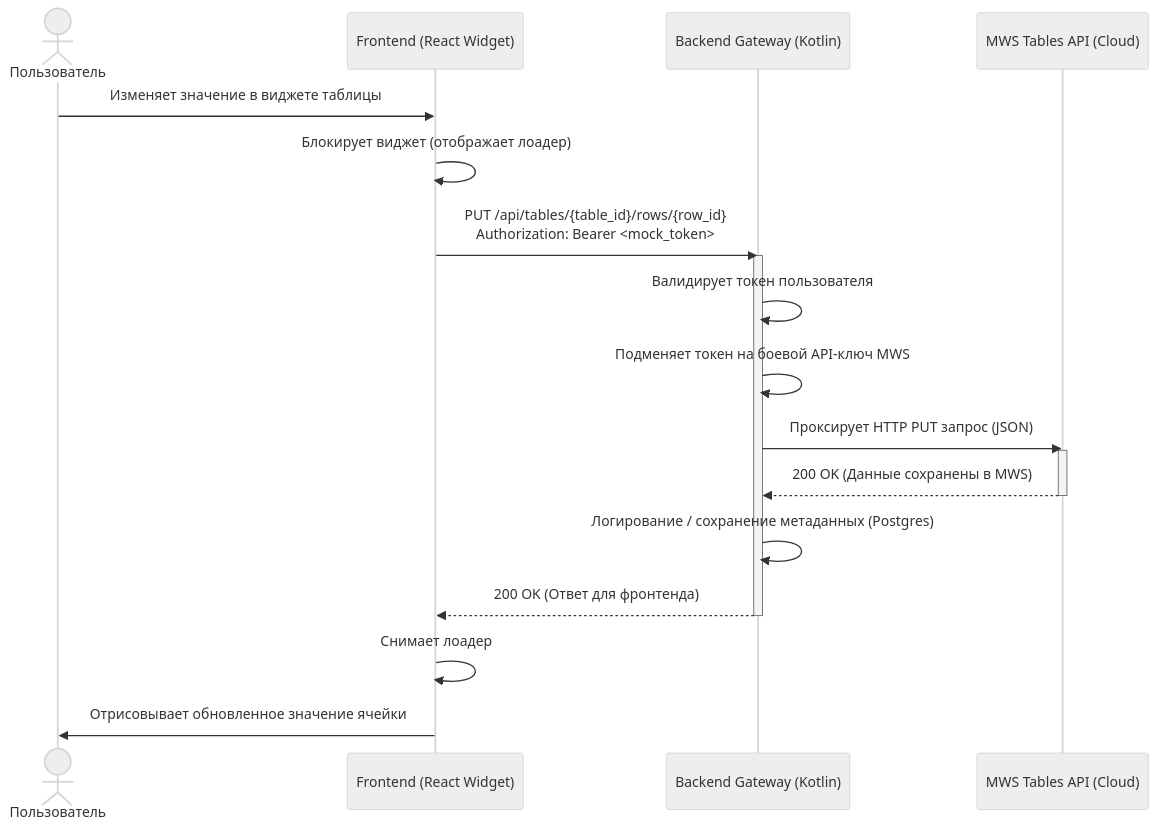
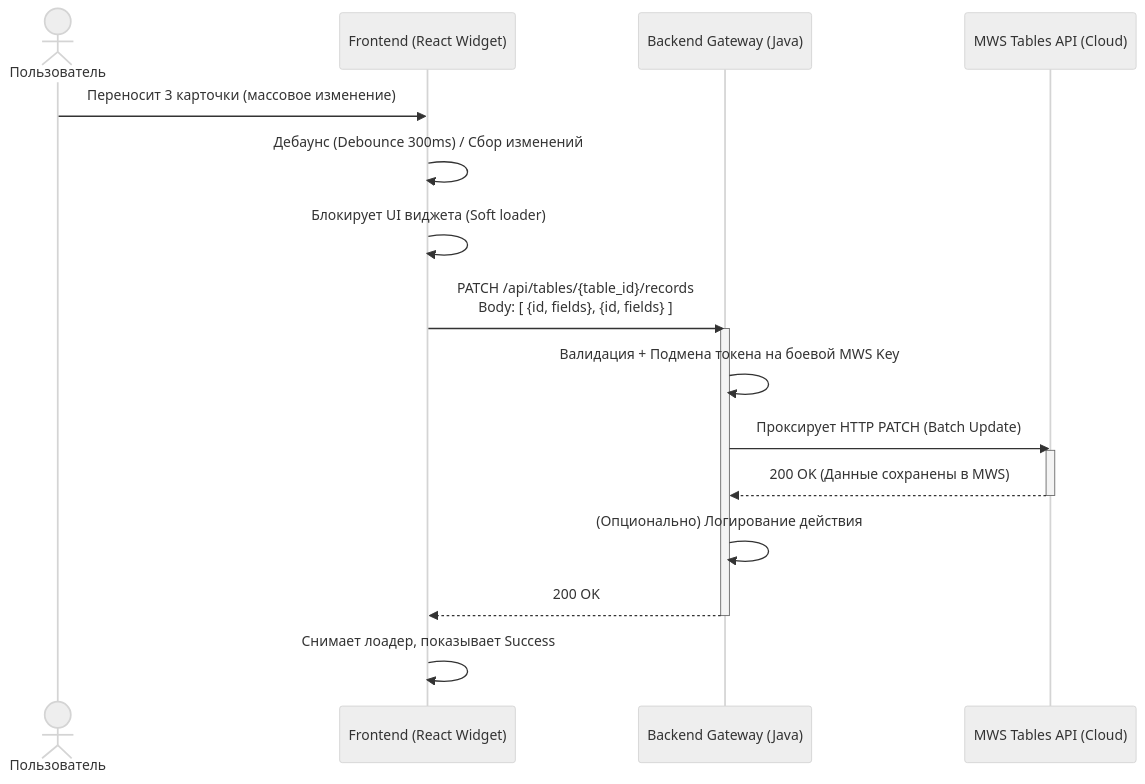
One commit to Tomsk-Smart-Tech/mws-week-one changed the third of 4 diagrams in GEMINI.MD. Above: the diagram before and after it, drawn with Mermaid (neutral theme). The commit also changed other lines of this file, not shown here.

````diff
--- a/GEMINI.MD
+++ b/GEMINI.MD
@@ -86,27 +116,26 @@
 ```mermaid
 sequenceDiagram
     actor U as Пользователь
     participant F as Frontend (React Widget)
-    participant K as Backend Gateway (Kotlin)
+    participant K as Backend Gateway (Java)
     participant M as MWS Tables API (Cloud)
 
-    U->>F: Изменяет значение в виджете таблицы
-    F->>F: Блокирует виджет (отображает лоадер)
-    F->>K: PUT /api/tables/{table_id}/rows/{row_id}<br/>Authorization: Bearer <mock_token>
+    U->>F: Переносит 3 карточки (массовое изменение)
+    F->>F: Дебаунс (Debounce 300ms) / Сбор изменений
+    F->>F: Блокирует UI виджета (Soft loader)
+    F->>K: PATCH /api/tables/{table_id}/records<br/>Body: [ {id, fields}, {id, fields} ]
     
     activate K
-    K->>K: Валидирует токен пользователя
-    K->>K: Подменяет токен на боевой API-ключ MWS
-    K->>M: Проксирует HTTP PUT запрос (JSON)
+    K->>K: Валидация + Подмена токена на боевой MWS Key
+    K->>M: Проксирует HTTP PATCH (Batch Update)
     
     activate M
     M-->>K: 200 OK (Данные сохранены в MWS)
     deactivate M
     
-    K->>K: Логирование / сохранение метаданных (Postgres)
-    K-->>F: 200 OK (Ответ для фронтенда)
+    K->>K: (Опционально) Логирование действия
+    K-->>F: 200 OK
     deactivate K
     
-    F->>F: Снимает лоадер
-    F->>U: Отрисовывает обновленное значение ячейки
+    F->>F: Снимает лоадер, показывает Success
 ```
````
